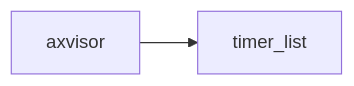
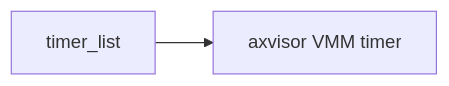
Before and after one commit to rcore-os/tgoskits: the second of 2 diagrams in docs/crates/timer_list.md, drawn with Mermaid. The commit also changed other lines of this file and 99 other files, not shown here.

````diff
--- a/docs/crates/timer_list.md
+++ b/docs/crates/timer_list.md
@@ -32,5 +67,4 @@
 ```mermaid
 graph LR
-    current["timer_list"]
-    axvisor["axvisor"] --> current
+    timer_list["timer_list"] --> axvisor["axvisor VMM timer"]
 ```
````
